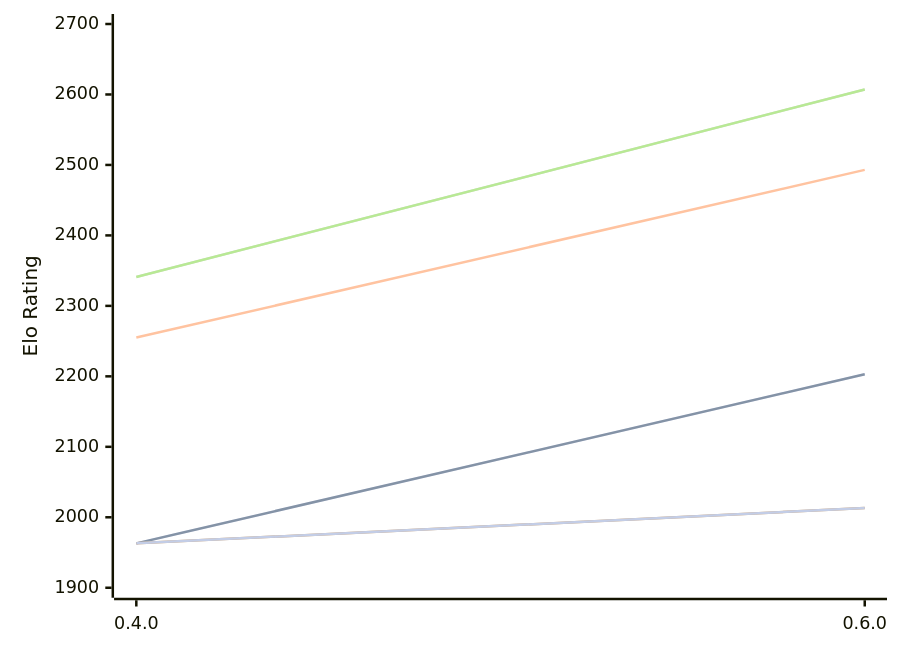
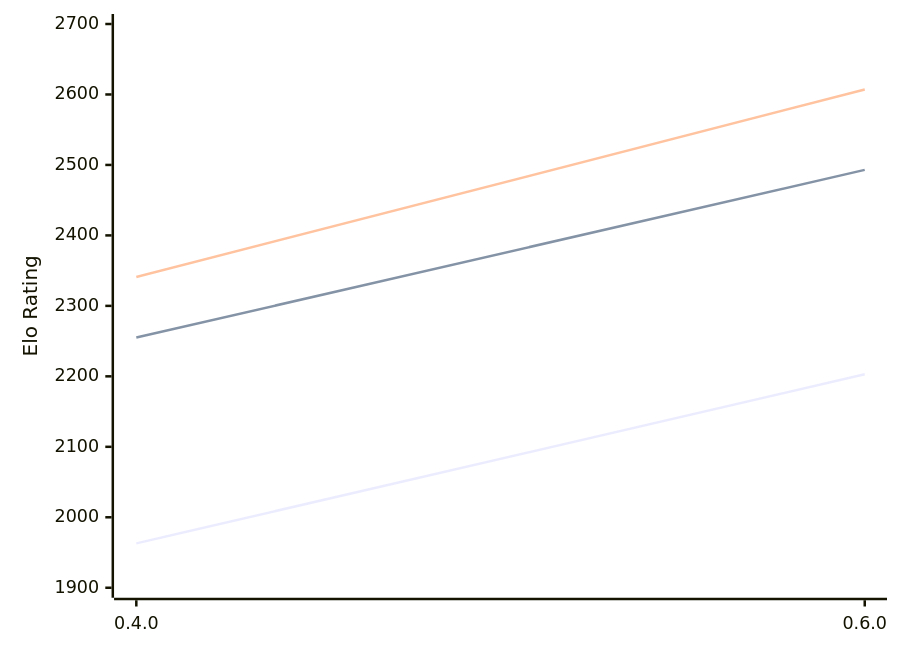
The diagram in engines/Ariadne.md (computer-chess-index/cci), drawn with Mermaid before and after one commit. The commit also changed other lines of this file, not shown here.

````diff
--- a/engines/Ariadne.md
+++ b/engines/Ariadne.md
@@ -48,13 +48,9 @@
 ```mermaid
 %%{init: {"theme":"base","themeVariables":{"seriesColors:['#a3a3a3','#222221','#faa371']}}}%%
 xychart-beta
   x-axis ["0.4.0", "0.6.0"]
   y-axis "Elo Rating" 1900 --> 2700
-  line "" [1963, 2203]
   line "T1: STC (8.0+0.08s)" [1963, 2203]
   line "T1: LTC (60.0+0.60s)" [2255, 2493]
-  line "" [2341, 2607]
   line "T1: VLTC (2m24s+1.12s)" [2341, 2607]
-  line "" [1963,2013]
-  line "E1: STC (8.0+0.08s)" [1963,2013]
 ```
````
